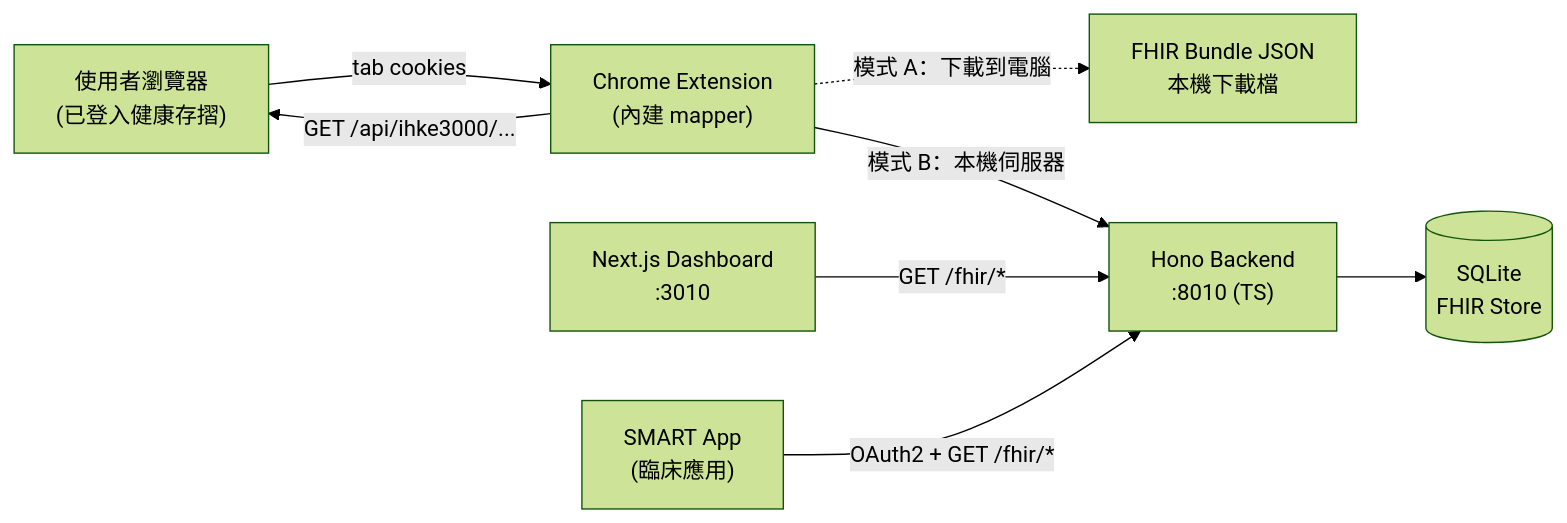
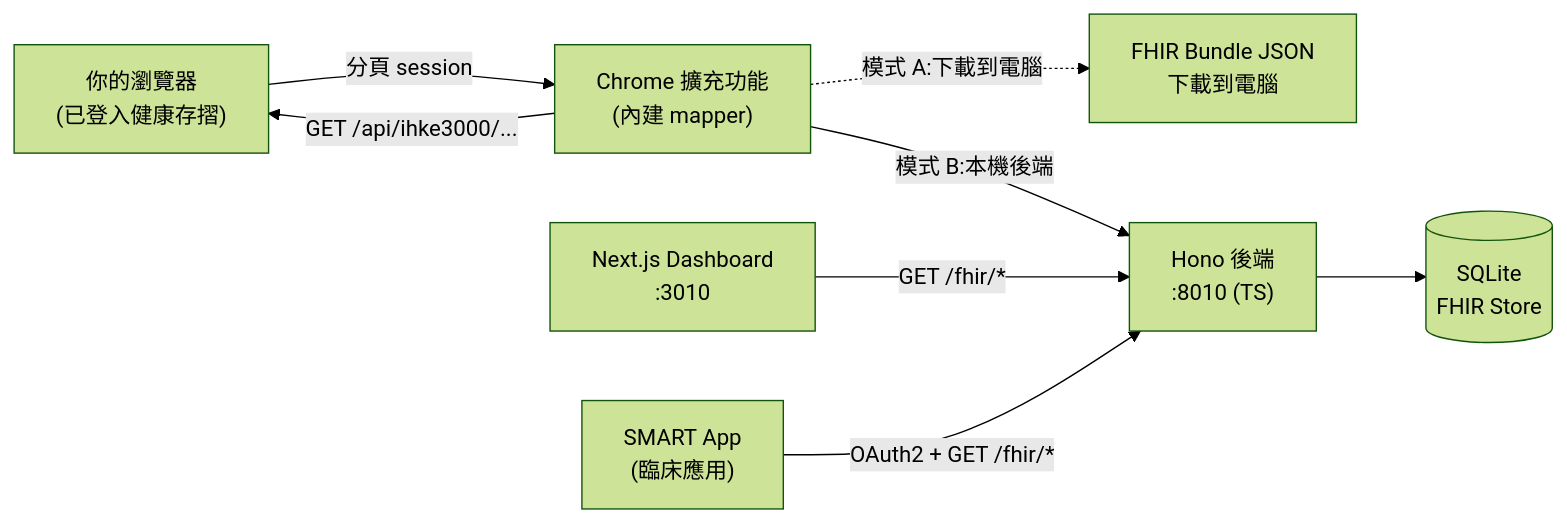
The diagram in README.md (voho0000/NHI-FHIR-BRIDGE), drawn with Mermaid (forest theme) before and after one commit. The commit also changed other lines of this file, not shown here.

````diff
--- a/README.md
+++ b/README.md
@@ -40,18 +37,18 @@
 ```mermaid
 flowchart LR
-  user["使用者瀏覽器<br/>(已登入健康存摺)"]
-  ext["Chrome Extension<br/>(內建 mapper)"]
-  file["FHIR Bundle JSON<br/>本機下載檔"]
-  backend["Hono Backend<br/>:8010 (TS)"]
+  user["你的瀏覽器<br/>(已登入健康存摺)"]
+  ext["Chrome 擴充功能<br/>(內建 mapper)"]
+  file["FHIR Bundle JSON<br/>下載到電腦"]
+  backend["Hono 後端<br/>:8010 (TS)"]
   db[("SQLite<br/>FHIR Store")]
   dash["Next.js Dashboard<br/>:3010"]
   smart["SMART App<br/>(臨床應用)"]
 
-  user -->|tab cookies| ext
+  user -->|分頁 session| ext
   ext -->|GET /api/ihke3000/...| user
-  ext -. 模式 A：下載到電腦 .-> file
-  ext -- 模式 B：本機伺服器 --> backend
+  ext -. 模式 A:下載到電腦 .-> file
+  ext -- 模式 B:本機後端 --> backend
   backend --> db
   dash -->|GET /fhir/*| backend
   smart -->|OAuth2 + GET /fhir/*| backend
 ```
````
